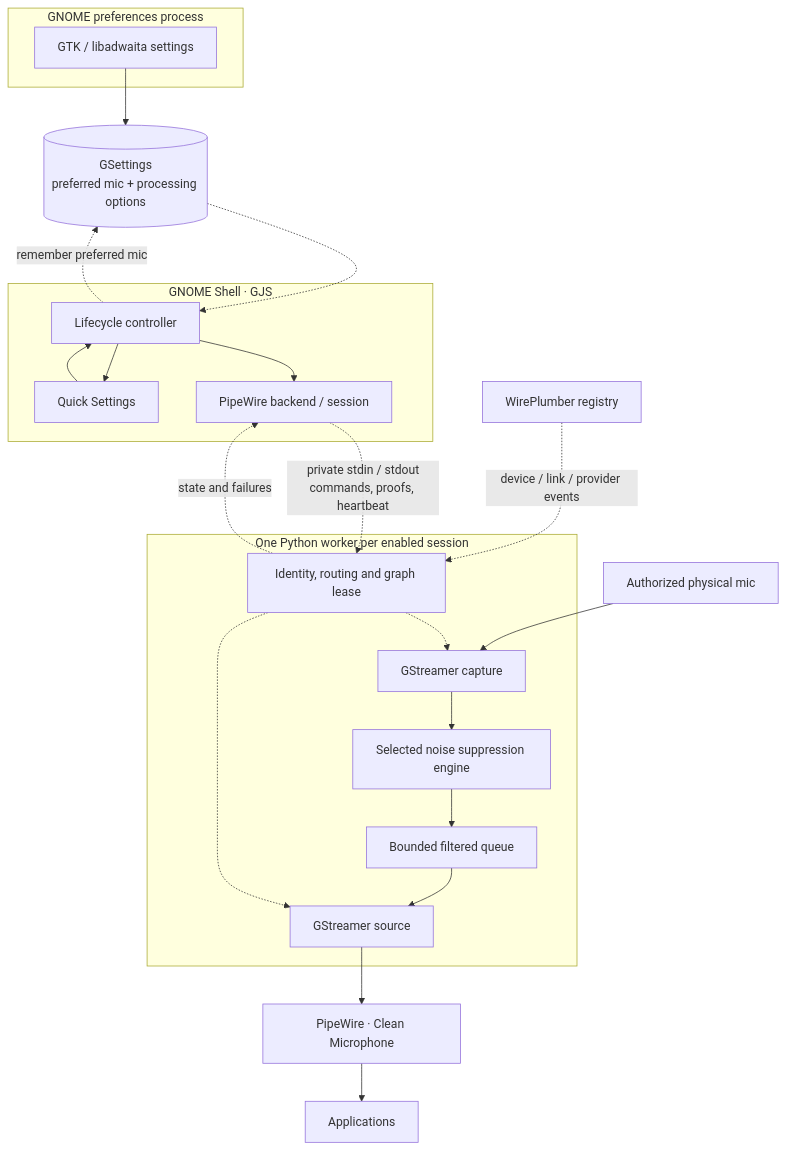
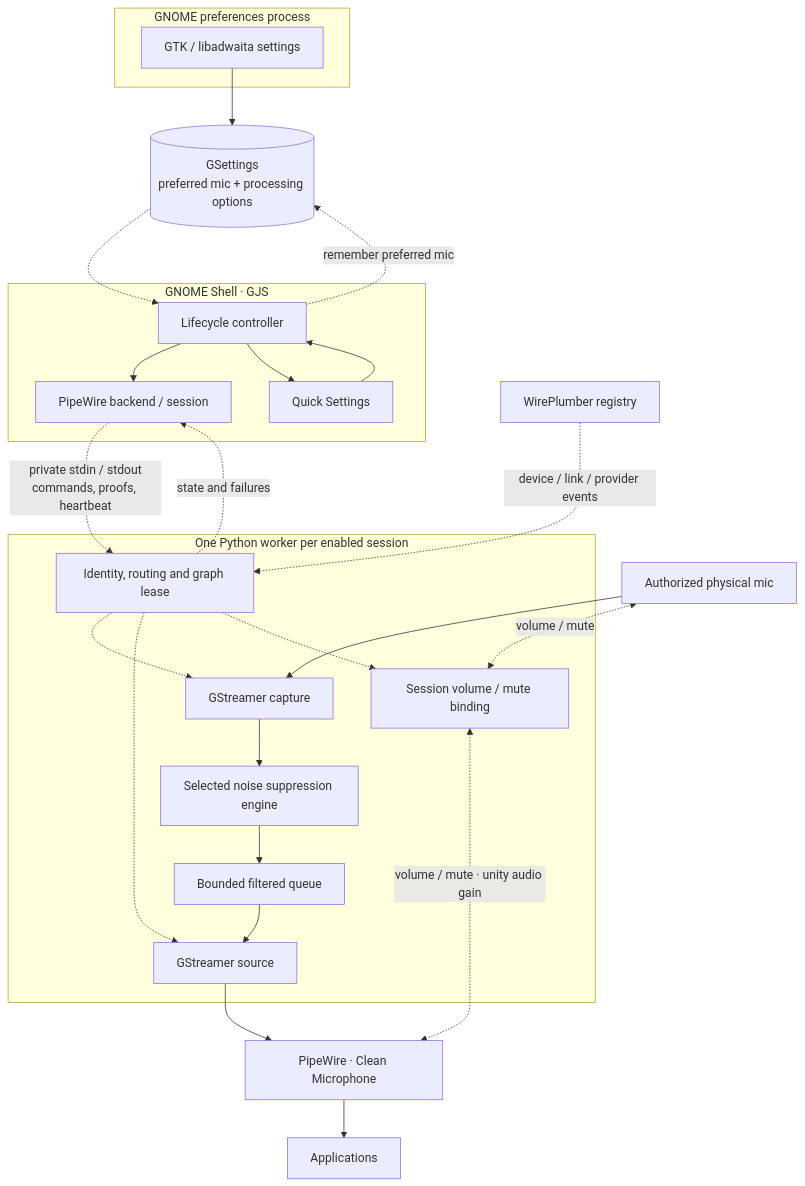
The first of 3 diagrams in docs/ARCHITECTURE.md (Bodyash/gnome-noise-cancellation), drawn with Mermaid before and after one commit. The commit also changed other lines of this file and 16 other files, not shown here.

Commit message:
Implement volume proxying between source and virtual mic

````diff
--- a/docs/ARCHITECTURE.md
+++ b/docs/ARCHITECTURE.md
@@ -9,27 +9,31 @@
 ```mermaid
 flowchart TB
     subgraph Preferences["GNOME preferences process"]
         Settings["GTK / libadwaita settings"]
     end
     Saved[("GSettings<br/>preferred mic + processing options")]
     subgraph Shell["GNOME Shell · GJS"]
         Tile["Quick Settings"] --> Controller["Lifecycle controller"]
         Controller --> Adapter["PipeWire backend / session"]
         Controller --> Tile
     end
     subgraph Worker["One Python worker per enabled session"]
         Supervisor["Identity, routing and graph lease"]
+        Mixer["Session volume / mute binding"]
         Capture["GStreamer capture"] --> Engine["Selected noise suppression engine"]
         Engine --> Queue["Bounded filtered queue"] --> Output["GStreamer source"]
         Supervisor -.-> Capture
         Supervisor -.-> Output
+        Supervisor -.-> Mixer
     end
     Mic["Authorized physical mic"] --> Capture
     Output --> Clean["PipeWire · Clean Microphone"] --> Apps["Applications"]
+    Mic <-.->|"volume / mute"| Mixer
+    Mixer <-.->|"volume / mute · unity audio gain"| Clean
     Settings --> Saved
     Saved -.-> Controller
     Controller -.->|"remember preferred mic"| Saved
     Adapter -.->|"private stdin / stdout<br/>commands, proofs, heartbeat"| Supervisor
     Supervisor -.->|"state and failures"| Adapter
     WP["WirePlumber registry"] -.->|"device / link / provider events"| Supervisor
 ```
````
